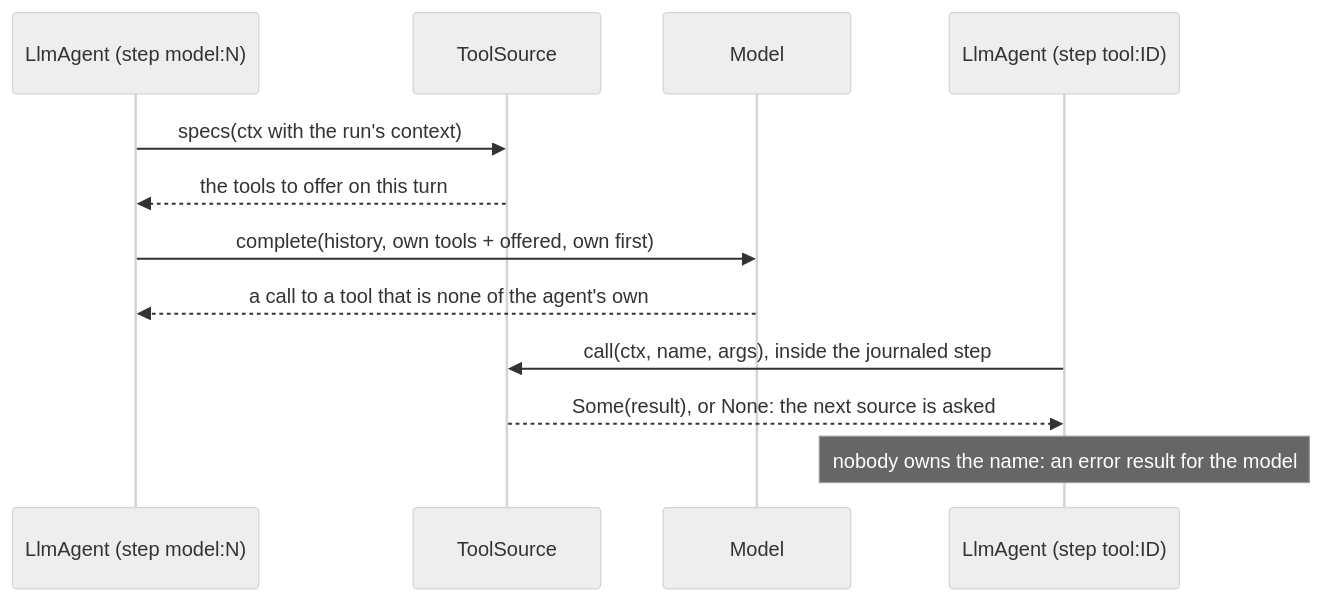
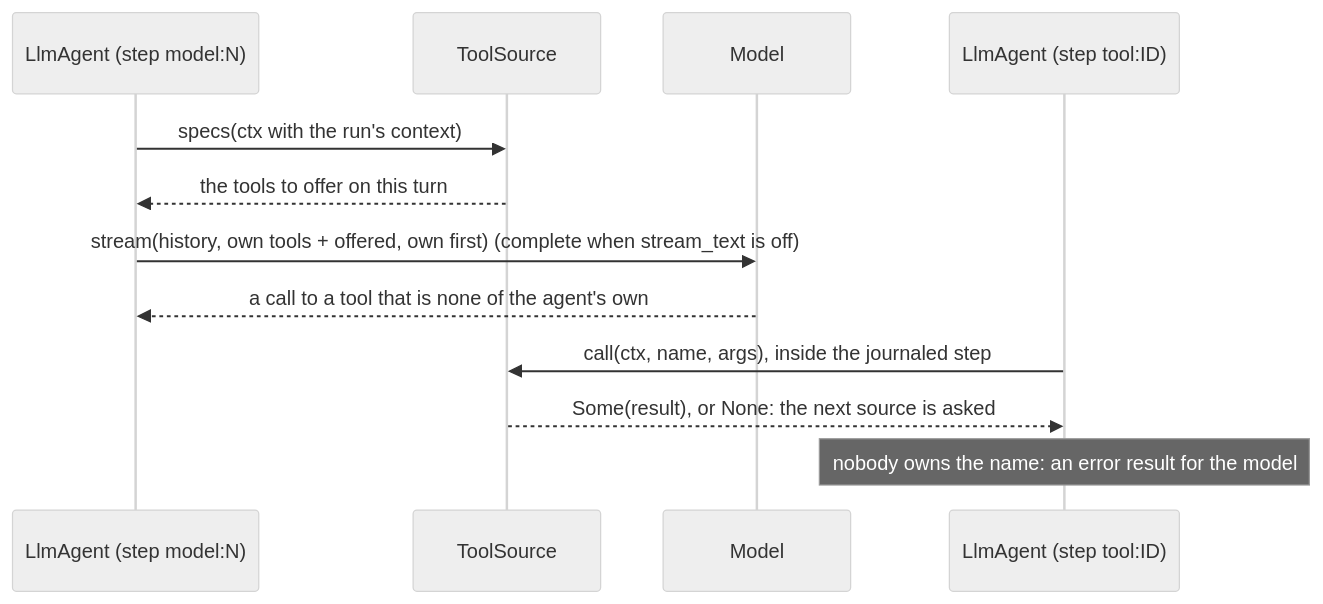
The first of 2 diagrams in crates/adam-llm-agent/README.md (vymalo/another-adam-rs), drawn with Mermaid (neutral theme) before and after one commit. The commit also changed other lines of this file and 33 other files, not shown here.

````diff
--- a/crates/adam-llm-agent/README.md
+++ b/crates/adam-llm-agent/README.md
@@ -145,14 +145,14 @@
 ```mermaid
 sequenceDiagram
     participant L as LlmAgent (step model:N)
     participant S as ToolSource
     participant M as Model
     participant T as LlmAgent (step tool:ID)
     L->>S: specs(ctx with the run's context)
     S-->>L: the tools to offer on this turn
-    L->>M: complete(history, own tools + offered, own first)
+    L->>M: stream(history, own tools + offered, own first)  (complete when stream_text is off)
     M-->>L: a call to a tool that is none of the agent's own
     T->>S: call(ctx, name, args), inside the journaled step
     S-->>T: Some(result), or None: the next source is asked
     Note over T: nobody owns the name: an error result for the model
 ```
````
